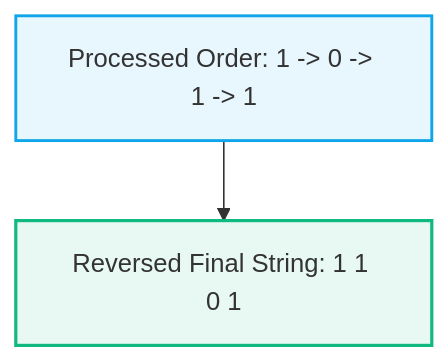
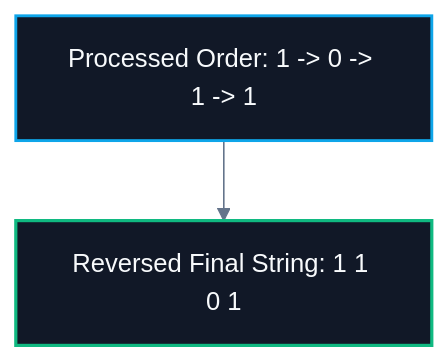
One commit to abhinavbharti2345/CS_Notes changed the second of 2 diagrams in CS/DSA/01. Strings/Add Binary & String Arithmetic.md. Above: the diagram before and after it, drawn with Mermaid. The commit also changed other lines of this file and 195 other files, not shown here.

````diff
--- a/CS/DSA/01. Strings/Add Binary & String Arithmetic.md
+++ b/CS/DSA/01. Strings/Add Binary & String Arithmetic.md
@@ -68,10 +69,11 @@
 ```mermaid
+%%{init: {'theme': 'base', 'themeVariables': { 'darkMode': true, 'background': '#0B0F14', 'mainBkg': '#111827', 'primaryColor': '#111827', 'primaryTextColor': '#F8FAFC', 'primaryBorderColor': '#38BDF8', 'lineColor': '#64748B', 'secondaryColor': '#0B0F14', 'tertiaryColor': '#0B0F14', 'clusterBkg': '#0B0F14', 'clusterBorder': '#38BDF8' }}}%%
 flowchart TD
     P["Processed Order: 1 -> 0 -> 1 -> 1"] --> R["Reversed Final String: 1 1 0 1"]
     
-    classDef proc fill:#0ea5e918,stroke:#0ea5e9,stroke-width:1.8px;
-    classDef rev fill:#10b98118,stroke:#10b981,stroke-width:2px;
+    classDef proc fill:#111827,stroke:#0ea5e9,stroke-width:1.8px,color:#F8FAFC;
+    classDef rev fill:#111827,stroke:#10b981,stroke-width:2px,color:#F8FAFC;
     
     class P proc;
     class R rev;
 ```
````
